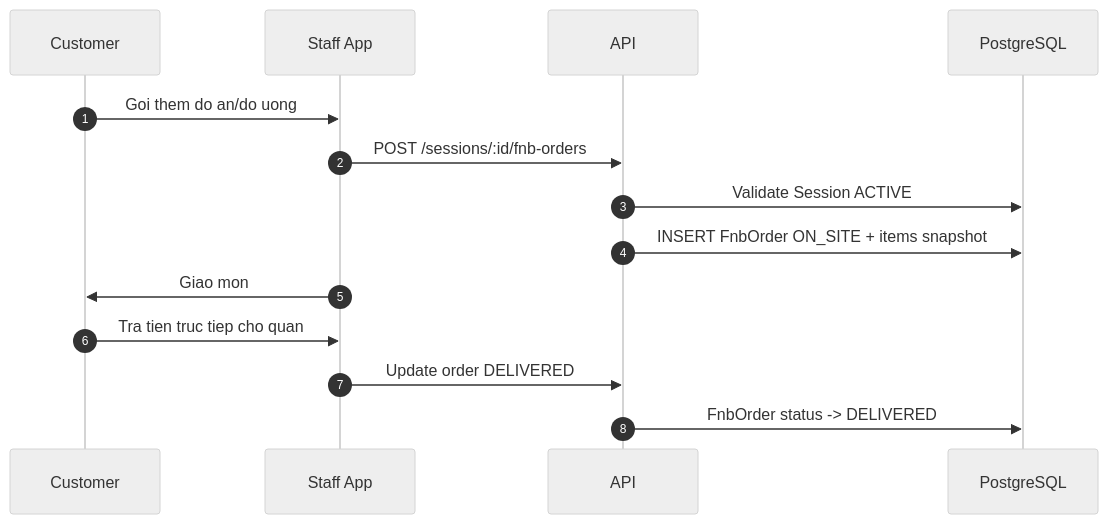
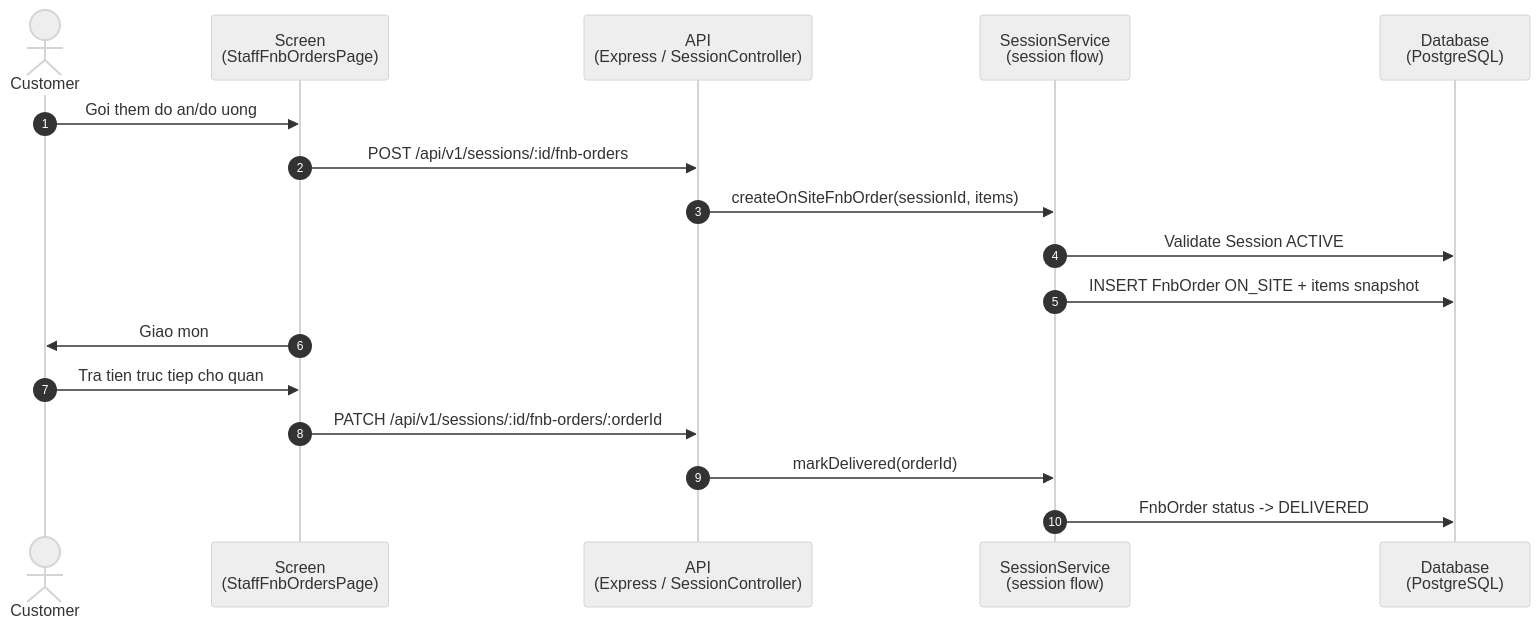
Before and after one commit to RCField-SEP490/rcfield-spec: the second of 7 diagrams in docs/diagrams/sequence/sequence-flow-booking-operations.md, drawn with Mermaid (neutral theme). The commit also changed other lines of this file and 15 other files, not shown here.

First line of the commit message:
Add sequence flow diagrams for provider, staff, and supporting operations

````diff
--- a/docs/diagrams/sequence/sequence-flow-booking-operations.md
+++ b/docs/diagrams/sequence/sequence-flow-booking-operations.md
@@ -55,17 +62,20 @@
 ```mermaid
 sequenceDiagram
     autonumber
-    participant C as Customer
-    participant Staff as Staff App
-    participant API as API
-    participant DB as PostgreSQL
+    actor C as Customer
+    participant Staff as Screen<br/>(StaffFnbOrdersPage)
+    participant API as API<br/>(Express / SessionController)
+    participant SS as SessionService<br/>(session flow)
+    participant DB as Database<br/>(PostgreSQL)
 
     C->>Staff: Goi them do an/do uong
-    Staff->>API: POST /sessions/:id/fnb-orders
-    API->>DB: Validate Session ACTIVE
-    API->>DB: INSERT FnbOrder ON_SITE + items snapshot
+    Staff->>API: POST /api/v1/sessions/:id/fnb-orders
+    API->>SS: createOnSiteFnbOrder(sessionId, items)
+    SS->>DB: Validate Session ACTIVE
+    SS->>DB: INSERT FnbOrder ON_SITE + items snapshot
     Staff->>C: Giao mon
     C->>Staff: Tra tien truc tiep cho quan
-    Staff->>API: Update order DELIVERED
-    API->>DB: FnbOrder status -> DELIVERED
+    Staff->>API: PATCH /api/v1/sessions/:id/fnb-orders/:orderId
+    API->>SS: markDelivered(orderId)
+    SS->>DB: FnbOrder status -> DELIVERED
 ```
````
